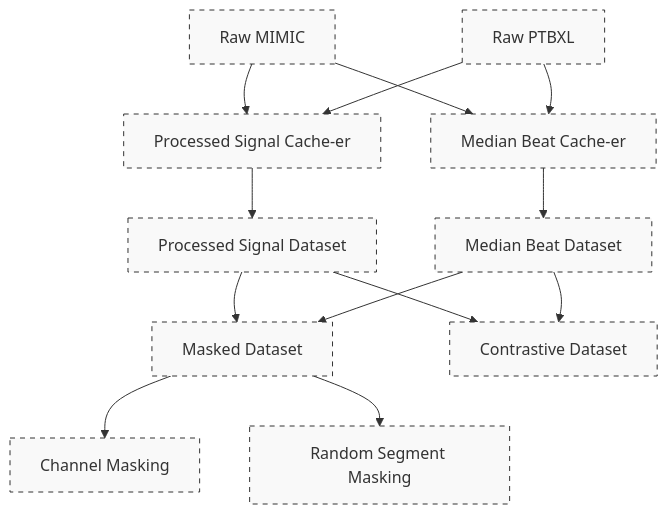
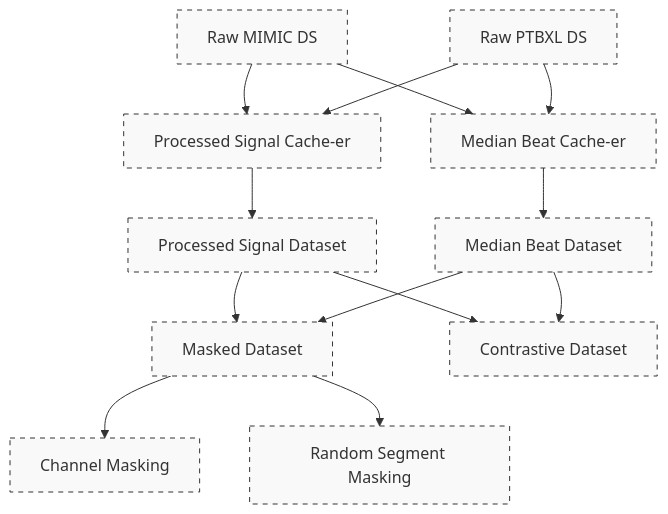
One commit to isears/ekg-data changed the diagram in ROADMAP.md. Above: the diagram before and after it, drawn with Mermaid. The commit also changed 7 other files, not shown here.

````diff
--- a/ROADMAP.md
+++ b/ROADMAP.md
@@ -4,33 +4,33 @@
 ```mermaid
 graph TD
   %% Define Styles
   classDef complete fill:#4CAF50,stroke:#2E7D32,stroke-width:2px,color:#fff;
   classDef incomplete fill:#f9f9f9,stroke:#333,stroke-dasharray: 5 5;
 
   %% Nodes
-  A[Raw MIMIC]:::incomplete
-  B[Raw PTBXL]:::incomplete
+  A[Raw MIMIC DS]:::incomplete
+  B[Raw PTBXL DS]:::incomplete
   C[Processed Signal Cache-er]:::incomplete
   D[Processed Signal Dataset]:::incomplete
   E[Median Beat Cache-er]:::incomplete
   F[Median Beat Dataset]:::incomplete
   G[Masked Dataset]:::incomplete
   H[Channel Masking]:::incomplete
   I[Random Segment Masking]:::incomplete
   J[Contrastive Dataset]:::incomplete
 
   A --> C
   B --> C
   C --> D
   A --> E
   B --> E
   E --> F
   D --> G
   F --> G
   G --> H
   G --> I
   D --> J
   F --> J
 
 
 ```
````
